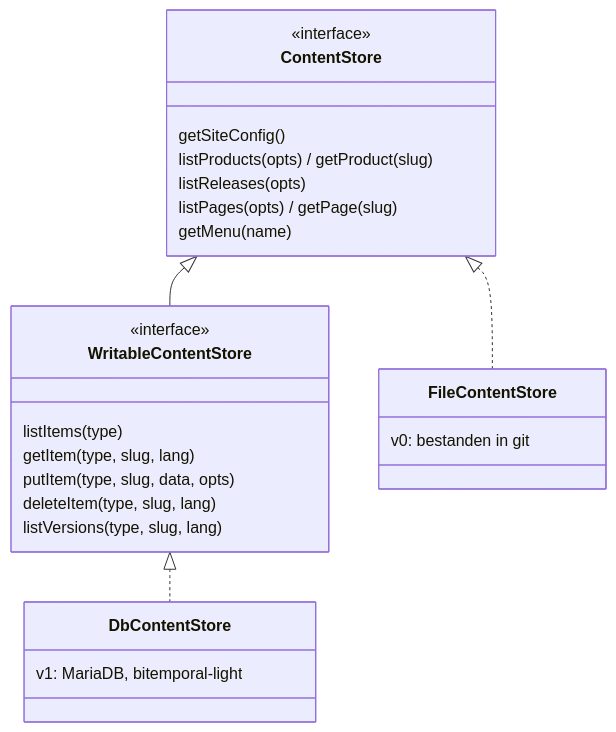
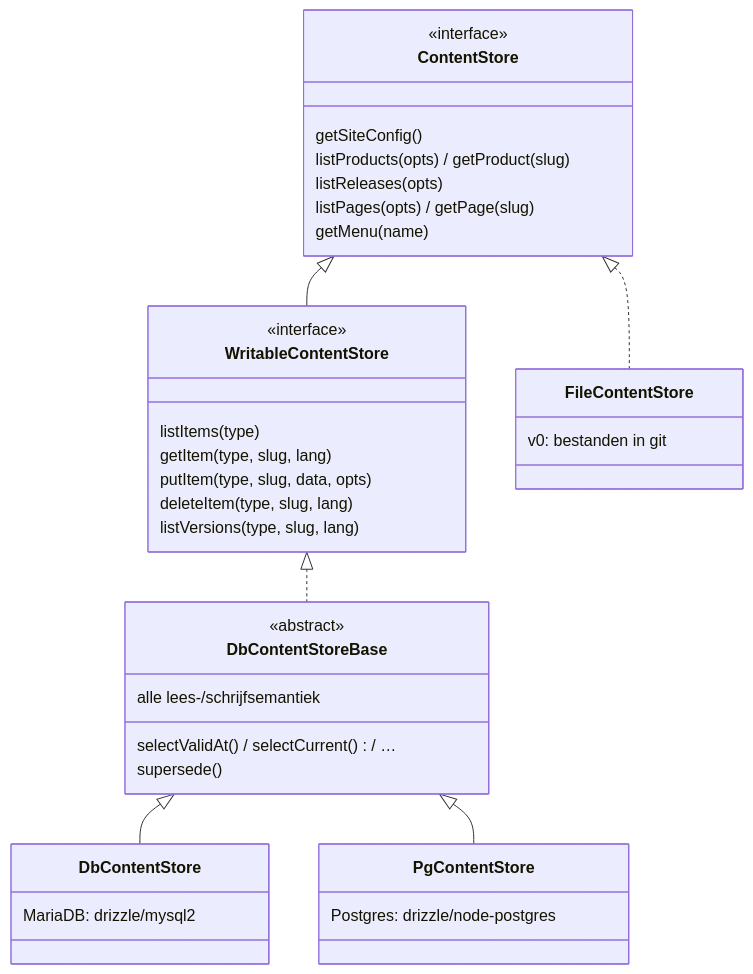
Before and after one commit to MarkWestbroek/imprint-engine: the eighth of 10 diagrams in docs/architecture.md, drawn with Mermaid. The commit also changed other lines of this file and 37 other files, not shown here.

First line of the commit message:
feat: architectuurcontract, karakterisatietests en Postgres-backend

````diff
--- a/docs/architecture.md
+++ b/docs/architecture.md
@@ -418,25 +535,34 @@
 ```mermaid
 classDiagram
     class ContentStore {
         <<interface>>
         getSiteConfig()
         listProducts(opts) / getProduct(slug)
         listReleases(opts)
         listPages(opts) / getPage(slug)
         getMenu(name)
     }
     class WritableContentStore {
         <<interface>>
         listItems(type)
         getItem(type, slug, lang)
         putItem(type, slug, data, opts)
         deleteItem(type, slug, lang)
         listVersions(type, slug, lang)
     }
     class FileContentStore { v0: bestanden in git }
-    class DbContentStore { v1: MariaDB, bitemporal-light }
+    class DbContentStoreBase {
+        <<abstract>>
+        alle lees-/schrijfsemantiek
+        selectValidAt() / selectCurrent() / …
+        supersede()
+    }
+    class DbContentStore { MariaDB: drizzle/mysql2 }
+    class PgContentStore { Postgres: drizzle/node-postgres }
 
     ContentStore <|-- WritableContentStore
     ContentStore <|.. FileContentStore
-    WritableContentStore <|.. DbContentStore
+    WritableContentStore <|.. DbContentStoreBase
+    DbContentStoreBase <|-- DbContentStore
+    DbContentStoreBase <|-- PgContentStore
 ```
````
